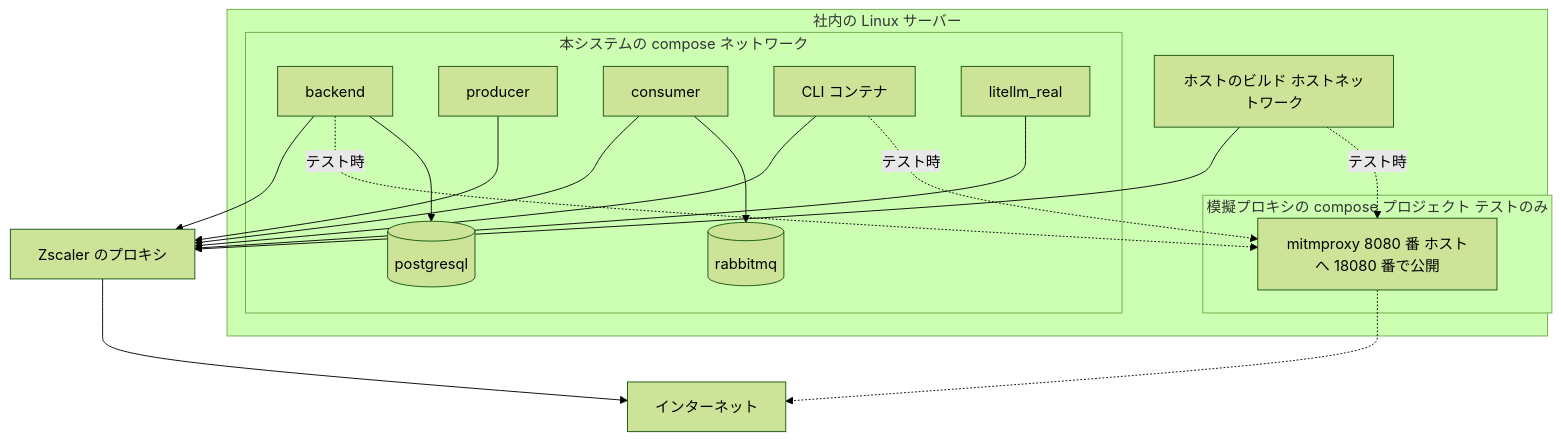
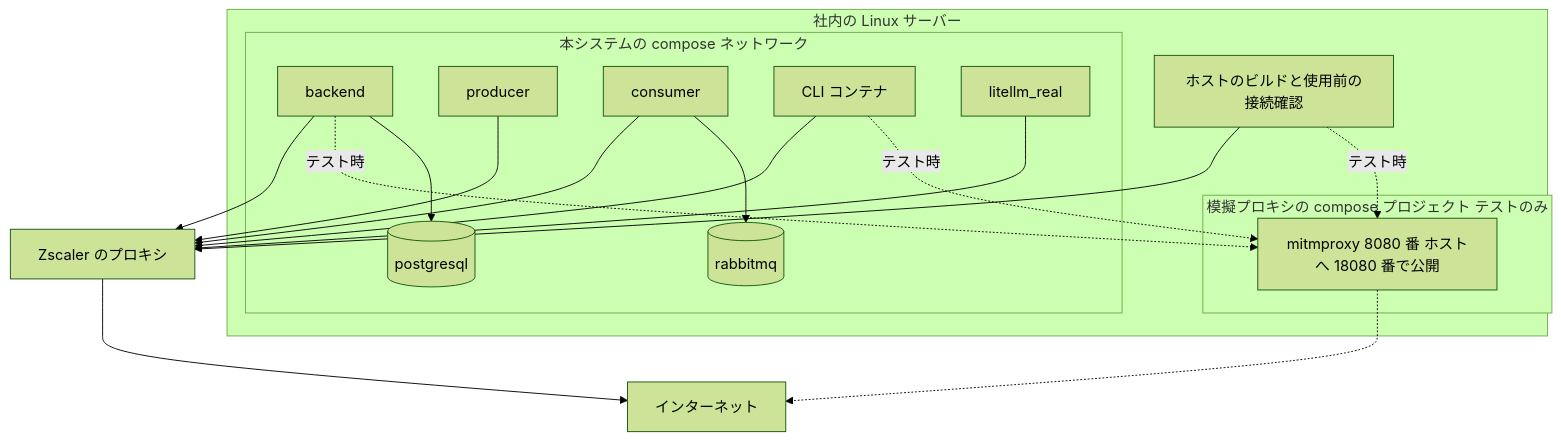
Before and after one commit to notfolder/CodingAgentAutomata: the fourth of 14 diagrams in docs/detail_design.md, drawn with Mermaid (forest theme). The commit also changed other lines of this file and 4 other files, not shown here.

````diff
--- a/docs/detail_design.md
+++ b/docs/detail_design.md
@@ -231,34 +231,34 @@
 ```mermaid
 graph TB
   subgraph host[社内の Linux サーバー]
-    HB[ホストのビルド ホストネットワーク]
+    HB[ホストのビルドと使用前の接続確認]
     subgraph net[本システムの compose ネットワーク]
       BK[backend]
       PR[producer]
       CS[consumer]
       CL[CLI コンテナ]
       LR[litellm_real]
       DB[(postgresql)]
       MQ[(rabbitmq)]
     end
     subgraph mock[模擬プロキシの compose プロジェクト テストのみ]
       MP[mitmproxy 8080 番 ホストへ 18080 番で公開]
     end
   end
   ZP[Zscaler のプロキシ]
   INET[インターネット]
 
   BK --> ZP
   PR --> ZP
   CS --> ZP
   CL --> ZP
   LR --> ZP
   HB --> ZP
   ZP --> INET
   BK -.テスト時.-> MP
   CL -.テスト時.-> MP
   HB -.テスト時.-> MP
   MP -.-> INET
   BK --> DB
   CS --> MQ
 ```
````
